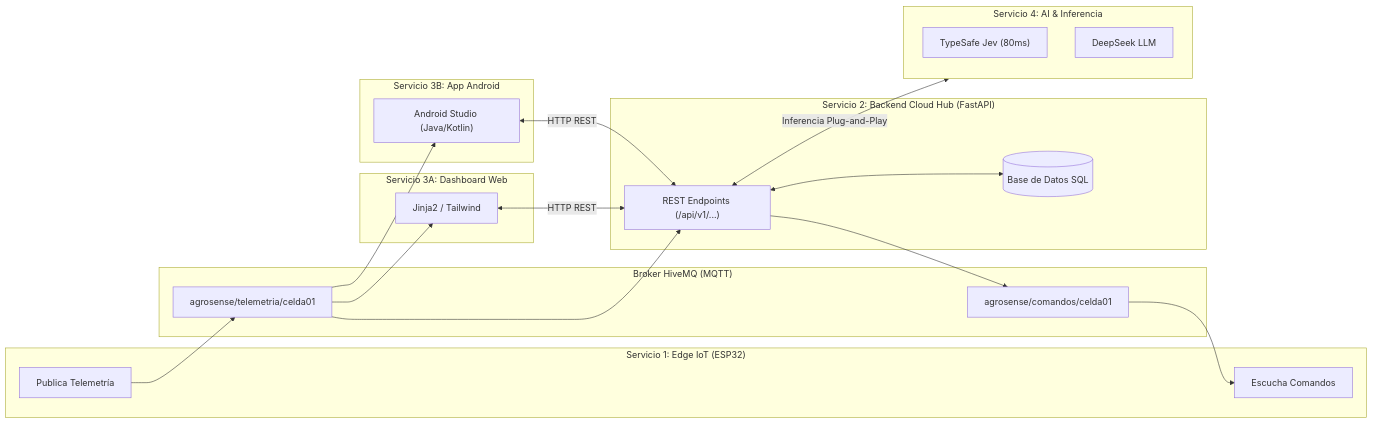
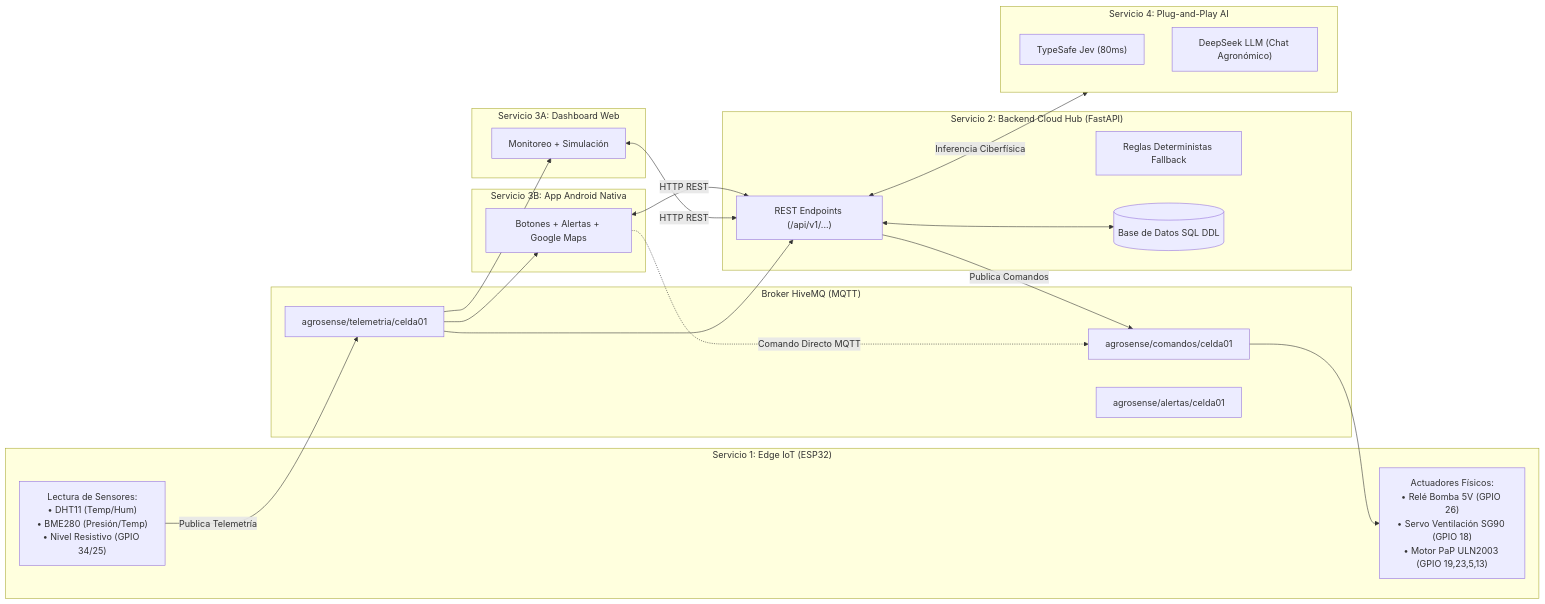
One commit to jasmnogu93/AGROSENSE_AI changed the diagram in ProyectoServiciosASAI/ESPECIFICACION_DATOS_Y_SERVICIOS_ASAI.md. Above: the diagram before and after it, drawn with Mermaid. The commit also changed other lines of this file and 5 other files, not shown here.

````diff
--- a/ProyectoServiciosASAI/ESPECIFICACION_DATOS_Y_SERVICIOS_ASAI.md
+++ b/ProyectoServiciosASAI/ESPECIFICACION_DATOS_Y_SERVICIOS_ASAI.md
@@ -18,43 +17,46 @@
 ```mermaid
 flowchart LR
     subgraph S1 ["Servicio 1: Edge IoT (ESP32)"]
-        PUB["Publica Telemetría"]
-        SUB["Escucha Comandos"]
+        SENSORES["Lectura de Sensores:<br/>• DHT11 (Temp/Hum)<br/>• BME280 (Presión/Temp)<br/>• Nivel Resistivo (GPIO 34/25)"]
+        ACTUADORES["Actuadores Físicos:<br/>• Relé Bomba 5V (GPIO 26)<br/>• Servo Ventilación SG90 (GPIO 18)<br/>• Motor PaP ULN2003 (GPIO 19,23,5,13)"]
     end
 
     subgraph BROKER ["Broker HiveMQ (MQTT)"]
         TOPIC_TEL["agrosense/telemetria/celda01"]
         TOPIC_CMD["agrosense/comandos/celda01"]
+        TOPIC_ALERT["agrosense/alertas/celda01"]
     end
 
     subgraph S2 ["Servicio 2: Backend Cloud Hub (FastAPI)"]
         API["REST Endpoints (/api/v1/...)"]
-        DB[(Base de Datos SQL)]
+        RULES["Reglas Deterministas Fallback"]
+        DB[(Base de Datos SQL DDL)]
     end
 
     subgraph S3A ["Servicio 3A: Dashboard Web"]
-        WEB["Jinja2 / Tailwind"]
+        WEB["Monitoreo + Simulación"]
     end
 
-    subgraph S3B ["Servicio 3B: App Android"]
-        AND["Android Studio (Java/Kotlin)"]
+    subgraph S3B ["Servicio 3B: App Android Nativa"]
+        AND["Botones + Alertas + Google Maps"]
     end
 
-    subgraph S4 ["Servicio 4: AI & Inferencia"]
+    subgraph S4 ["Servicio 4: Plug-and-Play AI"]
         JEV["TypeSafe Jev (80ms)"]
-        LLM["DeepSeek LLM"]
+        LLM["DeepSeek LLM (Chat Agronómico)"]
     end
 
-    PUB --> TOPIC_TEL
+    SENSORES -->|Publica Telemetría| TOPIC_TEL
     TOPIC_TEL --> API
     TOPIC_TEL --> AND
     TOPIC_TEL --> WEB
 
-    API --> TOPIC_CMD
-    TOPIC_CMD --> SUB
+    API -->|Publica Comandos| TOPIC_CMD
+    AND -.->|Comando Directo MQTT| TOPIC_CMD
+    TOPIC_CMD --> ACTUADORES
 
     AND <-->|HTTP REST| API
     WEB <-->|HTTP REST| API
-    API <-->|Inferencia Plug-and-Play| S4
+    API <-->|Inferencia Ciberfísica| S4
     API <--> DB
 ```
````
